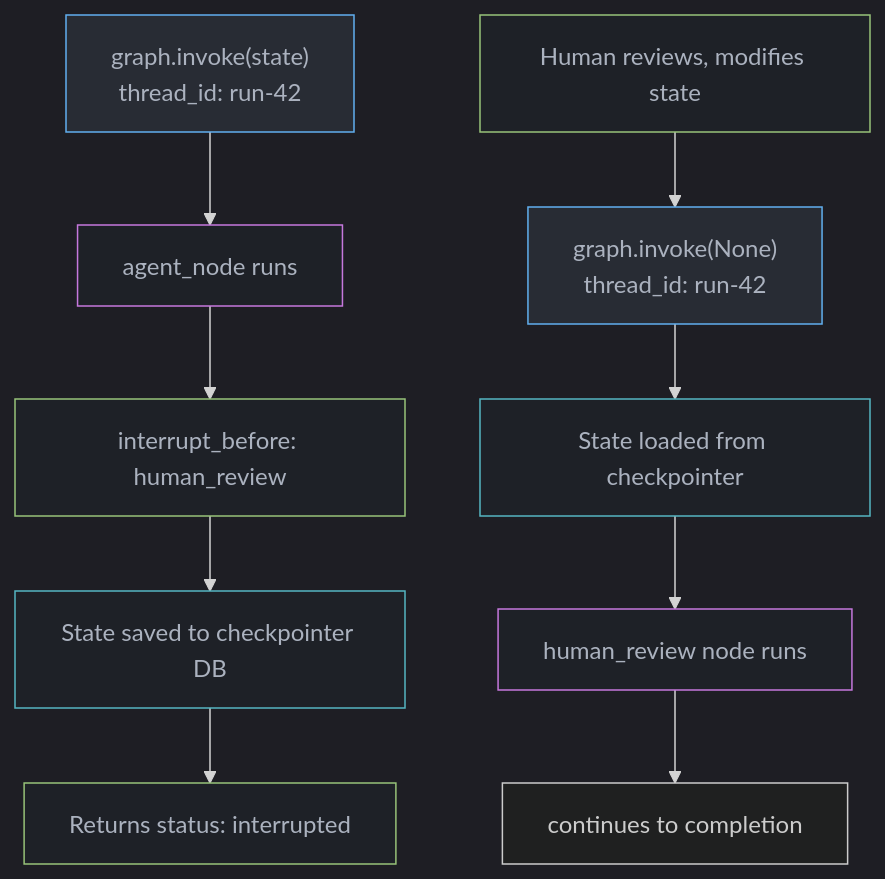
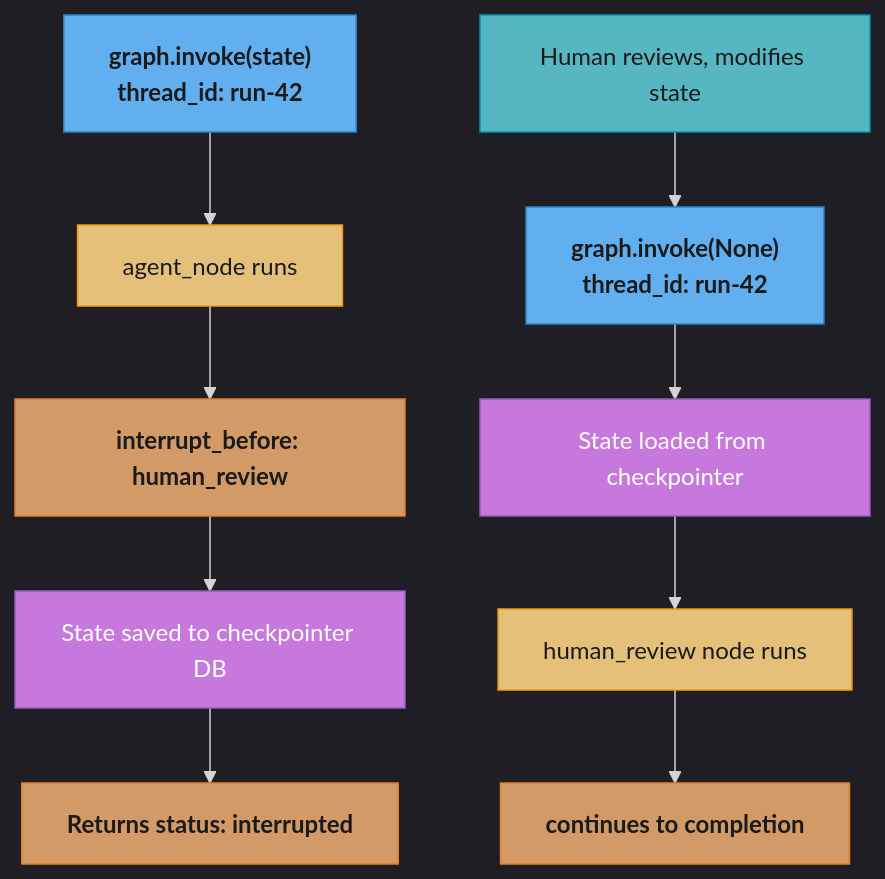
Before and after one commit to rppol/system-design: the fifth of 6 diagrams in src/main/java/com/rutik/systemdesign/llm/agentic_frameworks/langgraph.md, drawn with Mermaid. The commit also changed other lines of this file and 88 other files, not shown here.

````diff
--- a/src/main/java/com/rutik/systemdesign/llm/agentic_frameworks/langgraph.md
+++ b/src/main/java/com/rutik/systemdesign/llm/agentic_frameworks/langgraph.md
@@ -182,23 +198,27 @@
 ```mermaid
 %%{init: {'flowchart': {'curve': 'basis'}, 'theme': 'dark'}}%%
 flowchart TD
+    classDef io      fill:#61afef,stroke:#2e86c1,color:#1a1a1a,font-weight:bold
+    classDef frozen  fill:#c678dd,stroke:#9b59b6,color:#fff
+    classDef train   fill:#98c379,stroke:#27ae60,color:#1a1a1a
+    classDef mathOp  fill:#d19a66,stroke:#e67e22,color:#1a1a1a,font-weight:bold
+    classDef lossN   fill:#e06c75,stroke:#c0392b,color:#fff,font-weight:bold
+    classDef req     fill:#56b6c2,stroke:#0097a7,color:#1a1a1a
+    classDef base    fill:#e5c07b,stroke:#f39c12,color:#1a1a1a
+
     Invoke1["graph.invoke(state)\nthread_id: run-42"] --> AgentRun["agent_node runs"]
     AgentRun --> Interrupt["interrupt_before: human_review"]
     Interrupt --> Save["State saved to checkpointer DB"]
     Save --> Return["Returns status: interrupted"]
 
     Human["Human reviews, modifies state"] --> Invoke2
     Invoke2["graph.invoke(None)\nthread_id: run-42"] --> Load["State loaded from checkpointer"]
     Load --> HumanNode["human_review node runs"]
     HumanNode --> Continue["continues to completion"]
 
-    classDef io     fill:#282c34,stroke:#61afef,color:#abb2bf
-    classDef proc   fill:#1e2127,stroke:#98c379,color:#abb2bf
-    classDef llm    fill:#1e2127,stroke:#c678dd,color:#abb2bf
-    classDef store  fill:#1e2127,stroke:#56b6c2,color:#abb2bf
-
     class Invoke1,Invoke2 io
-    class AgentRun,HumanNode llm
-    class Interrupt,Return,Human proc
-    class Save,Load store
+    class AgentRun,HumanNode base
+    class Interrupt,Return,Continue mathOp
+    class Human req
+    class Save,Load frozen
 ```
````
